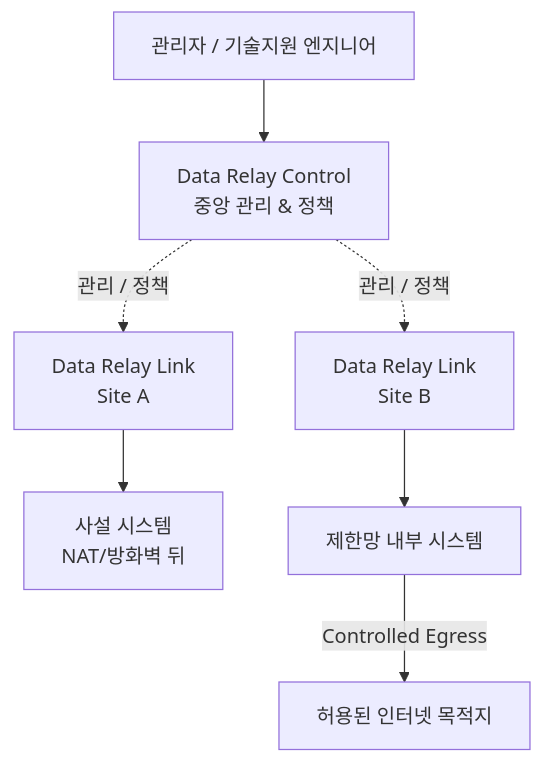
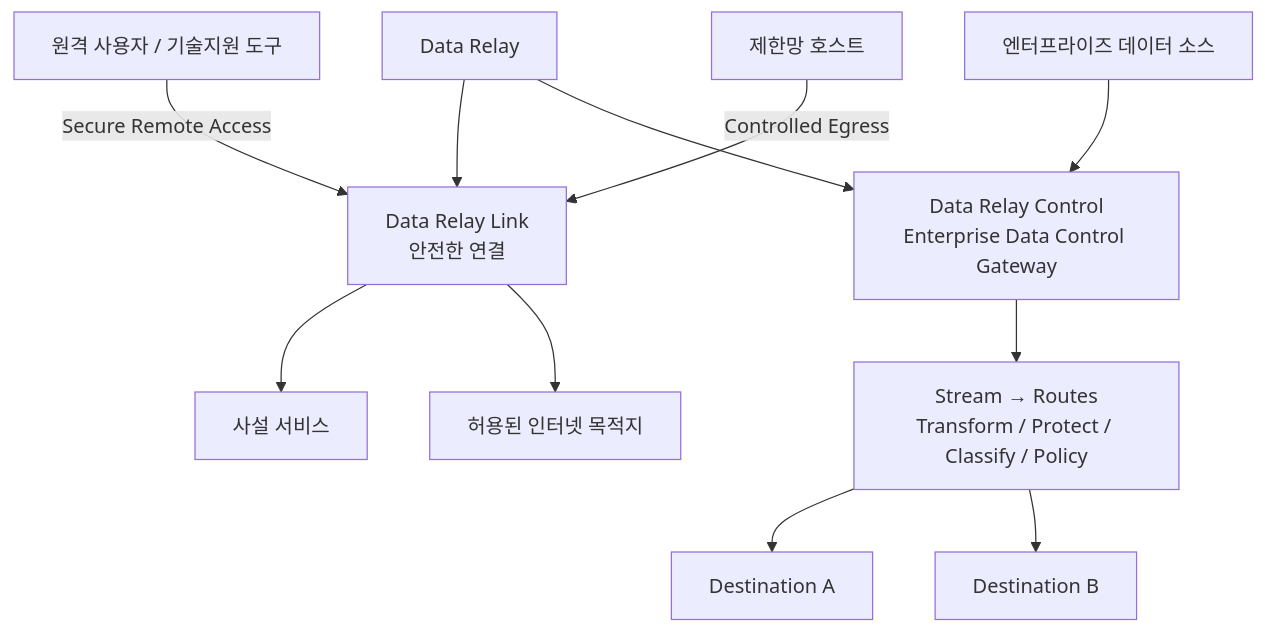
One commit to datarelay-labs/data-relay-docs changed the first of 3 diagrams in ko/index.mdx. Above: the diagram before and after it, drawn with Mermaid. The commit also changed other lines of this file, not shown here.

Commit message:
docs: rebalance Korean Data Relay homepage

````diff
--- a/ko/index.mdx
+++ b/ko/index.mdx
@@ -21,17 +21,17 @@
 ```mermaid
 flowchart TB
-    O[관리자 / 기술지원 엔지니어]
-    C[Data Relay Control\n중앙 관리 & 정책]
-    L1[Data Relay Link\nSite A]
-    L2[Data Relay Link\nSite B]
-    P1[사설 시스템\nNAT/방화벽 뒤]
-    P2[제한망 내부 시스템]
-    I[허용된 인터넷 목적지]
+    DR[Data Relay]
 
-    O --> C
-    C -. 관리 / 정책 .-> L1
-    C -. 관리 / 정책 .-> L2
-    L1 --> P1
-    L2 --> P2
-    P2 -->|Controlled Egress| I
+    DR --> L[Data Relay Link\n안전한 연결]
+    DR --> C[Data Relay Control\nEnterprise Data Control Gateway]
+
+    RU[원격 사용자 / 기술지원 도구] -->|Secure Remote Access| L
+    RH[제한망 호스트] -->|Controlled Egress| L
+    L --> PS[사설 서비스]
+    L --> AI[허용된 인터넷 목적지]
+
+    S[엔터프라이즈 데이터 소스] --> C
+    C --> R[Stream → Routes\nTransform / Protect / Classify / Policy]
+    R --> D1[Destination A]
+    R --> D2[Destination B]
 ```
````
